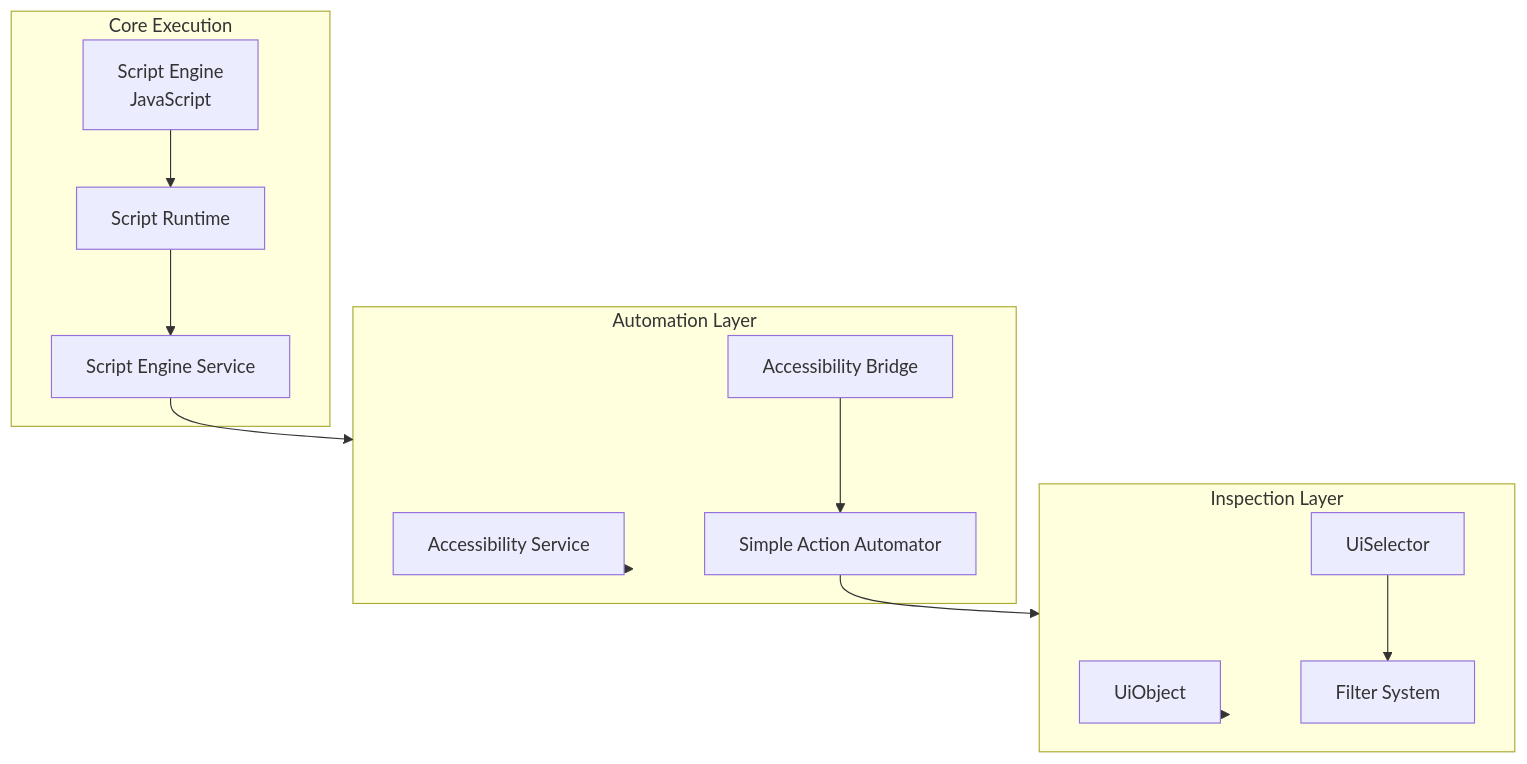
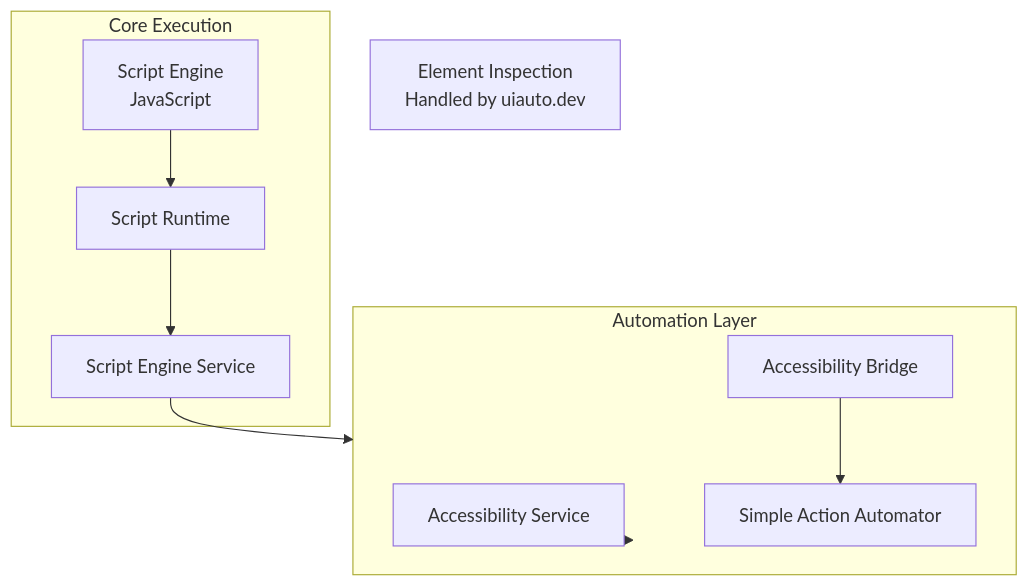
The diagram in .cursor/plans/autocljs_essential_features_port_plan_0401f923.plan.md (schneiderlin/AutoX), drawn with Mermaid before and after one commit. The commit also changed other lines of this file and 3 other files, not shown here.

````diff
--- a/.cursor/plans/autocljs_essential_features_port_plan_0401f923.plan.md
+++ b/.cursor/plans/autocljs_essential_features_port_plan_0401f923.plan.md
@@ -40,29 +40,22 @@
 ```mermaid
 graph TB
     subgraph Core["Core Execution"]
         Engine[Script Engine<br/>JavaScript]
         Runtime[Script Runtime]
         Service[Script Engine Service]
     end
     
     subgraph Automation["Automation Layer"]
         Accessibility[Accessibility Service]
         Bridge[Accessibility Bridge]
         Automator[Simple Action Automator]
     end
     
-    subgraph Inspection["Inspection Layer"]
-        UiObject[UiObject]
-        Selector[UiSelector]
-        Filters[Filter System]
-    end
-    
     Engine --> Runtime
     Runtime --> Service
     Service --> Automation
     Automation --> Accessibility
     Bridge --> Automator
-    Automator --> Inspection
-    Inspection --> UiObject
-    Selector --> Filters
+    
+    Note1[Element Inspection<br/>Handled by uiauto.dev]
 ```
````
